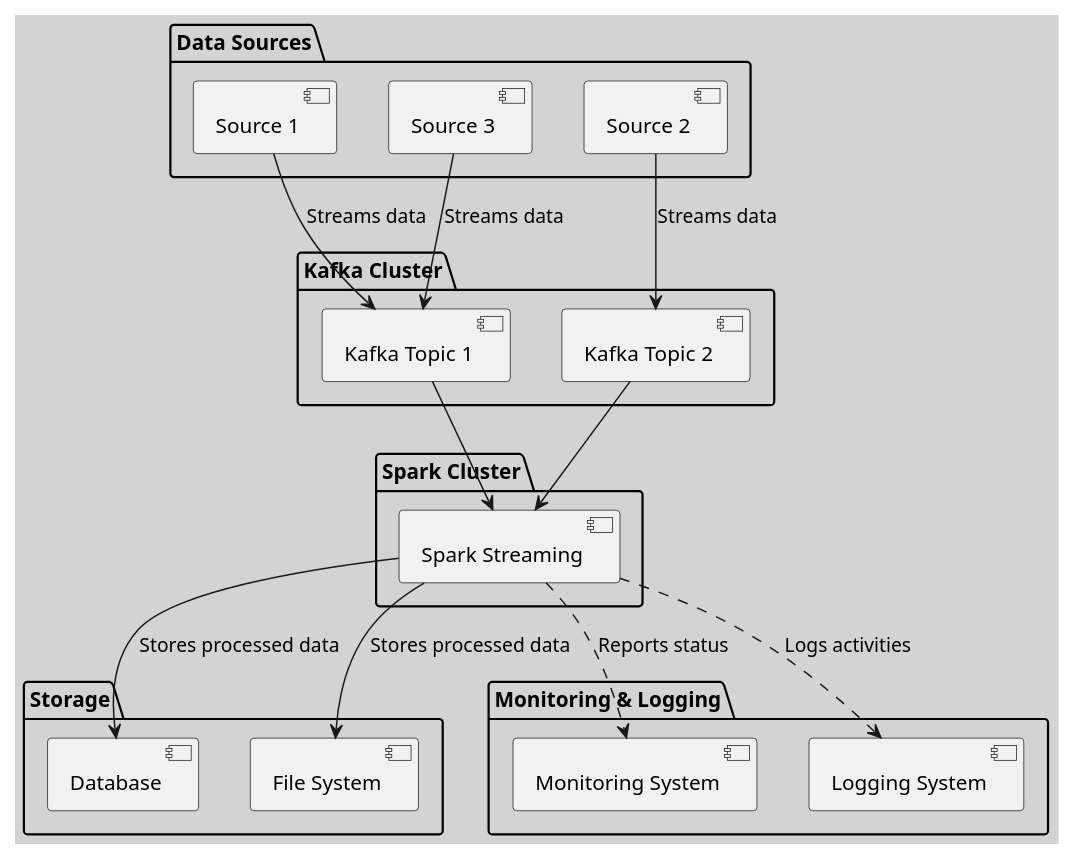
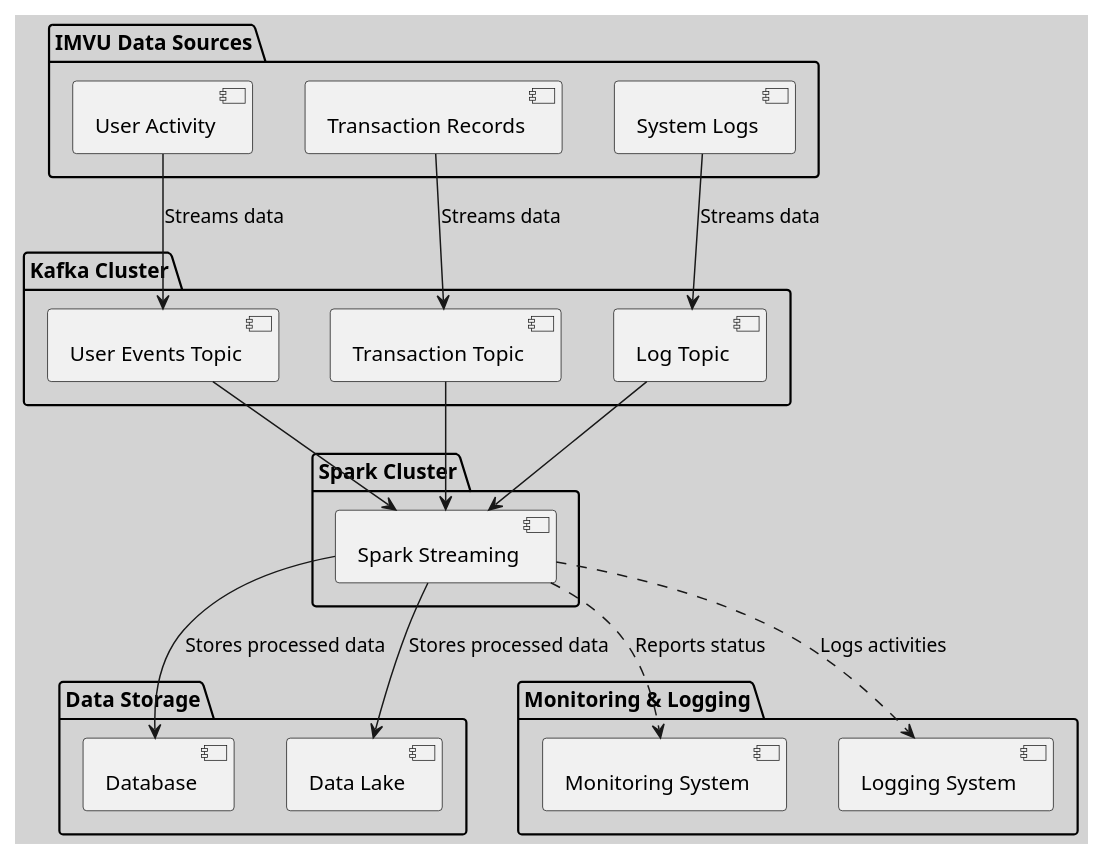
One commit to huangyingw/system_design changed the diagram in imvu_system_architecture/imvu_kafka_spark_real_time_processing.puml. Above: the diagram before and after it, drawn with PlantUML.

```diff
--- a/imvu_system_architecture/imvu_kafka_spark_real_time_processing.puml
+++ b/imvu_system_architecture/imvu_kafka_spark_real_time_processing.puml
@@ -1,42 +1,44 @@
 @startuml
 skinparam backgroundColor #D3D3D3
 
-package "Data Sources" {
-    [Source 1]
-    [Source 2]
-    [Source 3]
+package "IMVU Data Sources" {
+    [User Activity]
+    [Transaction Records]
+    [System Logs]
 }
 
 package "Kafka Cluster" {
-    [Kafka Topic 1]
-    [Kafka Topic 2]
+    [User Events Topic]
+    [Transaction Topic]
+    [Log Topic]
 }
 
 package "Spark Cluster" {
     [Spark Streaming]
 }
 
-package "Storage" {
+package "Data Storage" {
     [Database]
-    [File System]
+    [Data Lake]
 }
 
 package "Monitoring & Logging" {
     [Monitoring System]
     [Logging System]
 }
 
-[Source 1] --> [Kafka Topic 1] : Streams data
-[Source 2] --> [Kafka Topic 2] : Streams data
-[Source 3] --> [Kafka Topic 1] : Streams data
+[User Activity] --> [User Events Topic] : Streams data
+[Transaction Records] --> [Transaction Topic] : Streams data
+[System Logs] --> [Log Topic] : Streams data
 
-[Kafka Topic 1] --> [Spark Streaming]
-[Kafka Topic 2] --> [Spark Streaming]
+[User Events Topic] --> [Spark Streaming]
+[Transaction Topic] --> [Spark Streaming]
+[Log Topic] --> [Spark Streaming]
 
 [Spark Streaming] --> [Database] : Stores processed data
-[Spark Streaming] --> [File System] : Stores processed data
+[Spark Streaming] --> [Data Lake] : Stores processed data
 
 [Spark Streaming] ..> [Monitoring System] : Reports status
 [Spark Streaming] ..> [Logging System] : Logs activities
 
 @enduml
```
